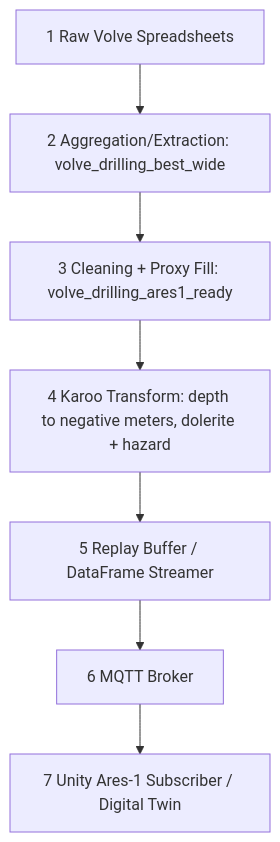
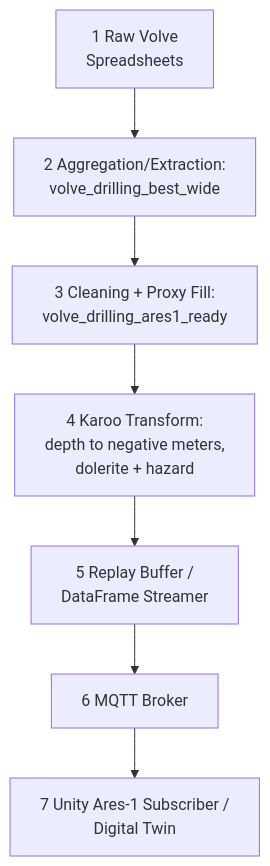
The diagram in docs/planned_data_flow.md (NkanyeziNgobese/ares_1), drawn with Mermaid before and after one commit. The commit also changed other lines of this file and 4 other files, not shown here.

````diff
--- a/docs/planned_data_flow.md
+++ b/docs/planned_data_flow.md
@@ -5,9 +7,9 @@
 ```mermaid
 flowchart TD
-  A["1 Raw Volve Spreadsheets"] --> B["2 Aggregation/Extraction: volve_drilling_best_wide"]
-  B --> C["3 Cleaning + Proxy Fill: volve_drilling_ares1_ready"]
-  C --> D["4 Karoo Transform: depth to negative meters, dolerite + hazard"]
-  D --> E["5 Replay Buffer / DataFrame Streamer"]
+  A["1 Raw Volve<br/>Spreadsheets"] --> B["2 Aggregation/Extraction:<br/>volve_drilling_best_wide"]
+  B --> C["3 Cleaning + Proxy Fill:<br/>volve_drilling_ares1_ready"]
+  C --> D["4 Karoo Transform:<br/>depth to negative meters,<br/>dolerite + hazard"]
+  D --> E["5 Replay Buffer /<br/>DataFrame Streamer"]
   E --> F["6 MQTT Broker"]
-  F --> G["7 Unity Ares-1 Subscriber / Digital Twin"]
+  F --> G["7 Unity Ares-1 Subscriber /<br/>Digital Twin"]
 ```
````
